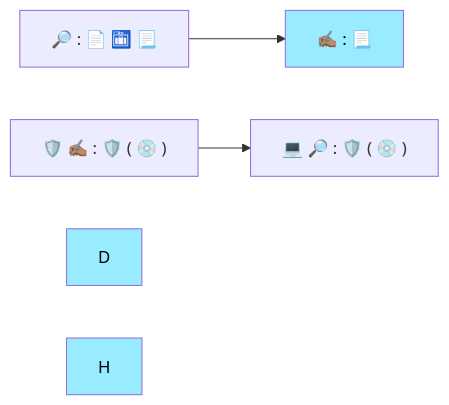
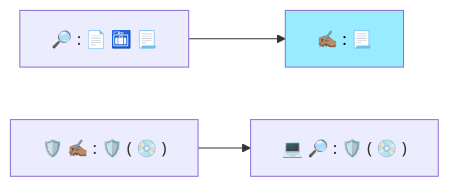
One commit to BlockchainCommons/SmartCustody changed diagram 59 of 60 in Docs/Scenario-Multisig.md. Above: the diagram before and after it, drawn with Mermaid.

````diff
--- a/Docs/Scenario-Multisig.md
+++ b/Docs/Scenario-Multisig.md
@@ -1617,14 +1617,12 @@
 ```mermaid
 graph LR;
 
 A["🔎 : 📄 🛅 📃"]
 B["✍🏽 : 📃"]
 F["🛡️ ✍🏽 : 🛡️ ( 💿 )"]
 G["💻 🔎 : 🛡️ ( 💿 )"]
 
 A-->B
 F-->G
 style B color:#000,fill:#99ebff;
-style D color:#000,fill:#99ebff;
-style H color:#000,fill:#99ebff;
 ```
````
